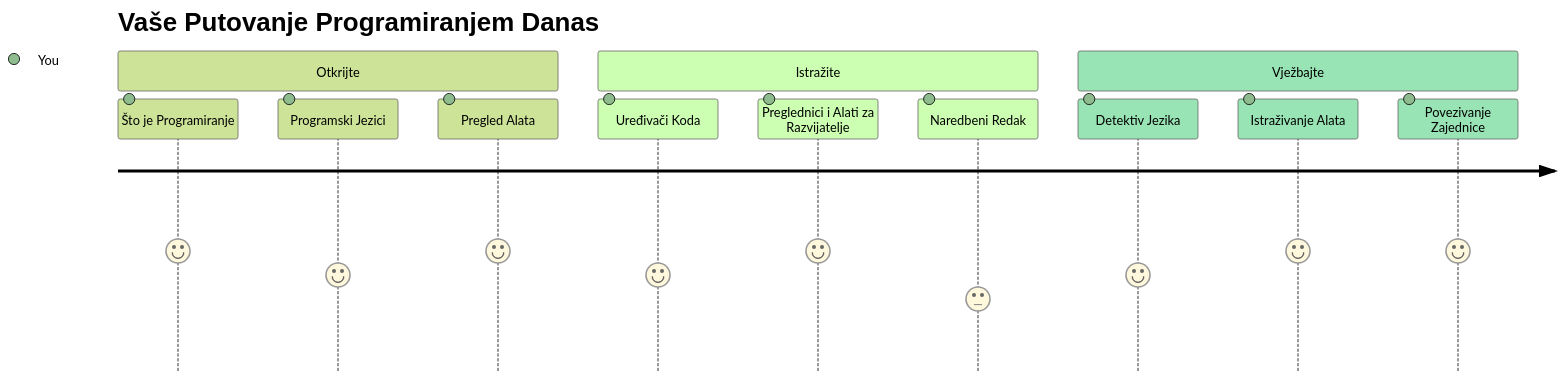
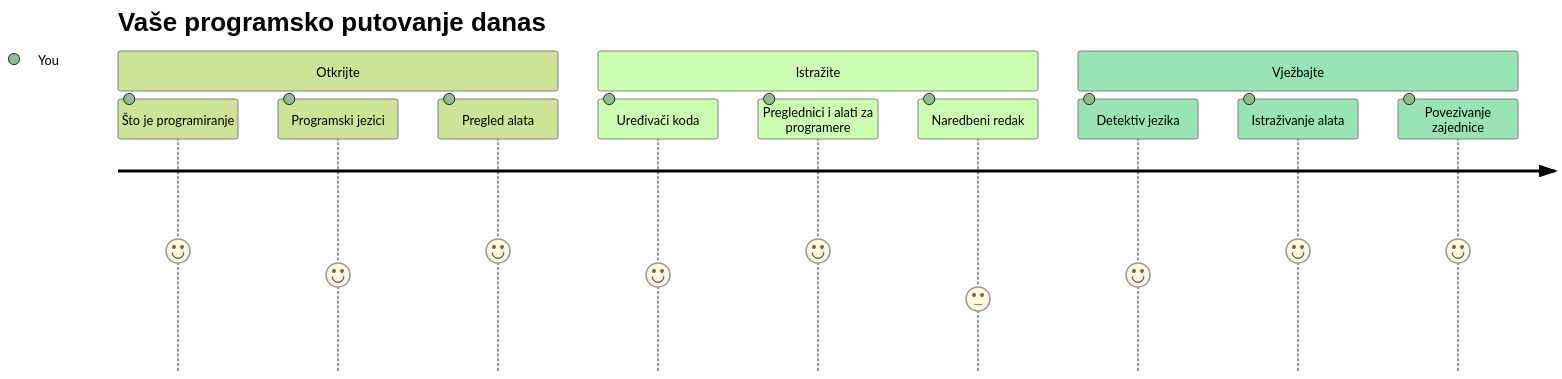
One commit to microsoft/Web-Dev-For-Beginners changed the first of 7 diagrams in translations/hr/1-getting-started-lessons/1-intro-to-programming-languages/README.md. Above: the diagram before and after it, drawn with Mermaid (forest theme). The commit also changed other lines of this file and 8 other files, not shown here.

````diff
--- a/translations/hr/1-getting-started-lessons/1-intro-to-programming-languages/README.md
+++ b/translations/hr/1-getting-started-lessons/1-intro-to-programming-languages/README.md
@@ -14,16 +14,16 @@
 ```mermaid
 journey
-    title Vaše Putovanje Programiranjem Danas
+    title Vaše programsko putovanje danas
     section Otkrijte
-      Što je Programiranje: 5: You
-      Programski Jezici: 4: You
-      Pregled Alata: 5: You
+      Što je programiranje: 5: You
+      Programski jezici: 4: You
+      Pregled alata: 5: You
     section Istražite
-      Uređivači Koda: 4: You
-      Preglednici i Alati za Razvijatelje: 5: You
-      Naredbeni Redak: 3: You
+      Uređivači koda: 4: You
+      Preglednici i alati za programere: 5: You
+      Naredbeni redak: 3: You
     section Vježbajte
-      Detektiv Jezika: 4: You
-      Istraživanje Alata: 5: You
-      Povezivanje Zajednice: 5: You
+      Detektiv jezika: 4: You
+      Istraživanje alata: 5: You
+      Povezivanje zajednice: 5: You
 ```
````
